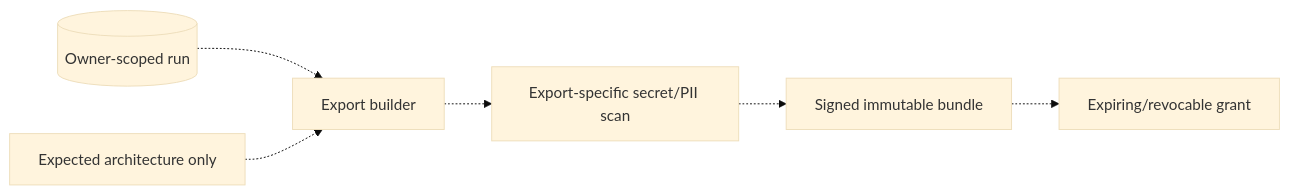
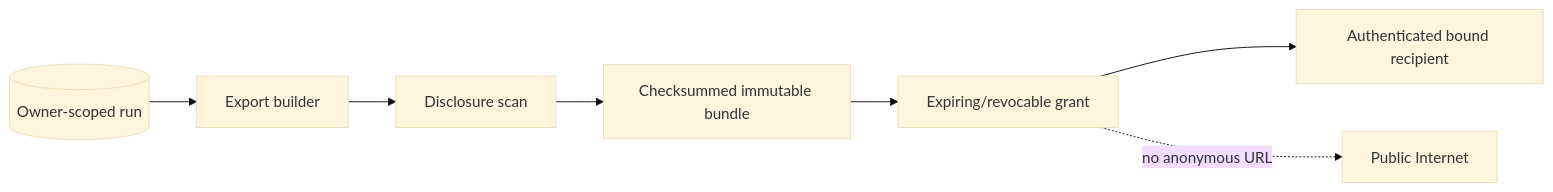
One commit to levalencia/archon changed the first of 2 diagrams in docs/course/concepts/export-share-redaction.md. Above: the diagram before and after it, drawn with Mermaid (base theme). The commit also changed other lines of this file and 24 other files, not shown here.

````diff
--- a/docs/course/concepts/export-share-redaction.md
+++ b/docs/course/concepts/export-share-redaction.md
@@ -19,8 +19,9 @@
 ```mermaid
 flowchart LR
-    Ledger[(Owner-scoped run)] -.-> Exporter[Export builder]
-    Exporter -.-> Redactor[Export-specific secret/PII scan]
-    Redactor -.-> Bundle[Signed immutable bundle]
-    Bundle -.-> Share[Expiring/revocable grant]
-    Note[Expected architecture only] -.-> Exporter
+    Ledger[(Owner-scoped run)] --> Exporter[Export builder]
+    Exporter --> Redactor[Disclosure scan]
+    Redactor --> Bundle[Checksummed immutable bundle]
+    Bundle --> Share[Expiring/revocable grant]
+    Share --> Recipient[Authenticated bound recipient]
+    Share -. no anonymous URL .-> Public[Public Internet]
 ```
````
